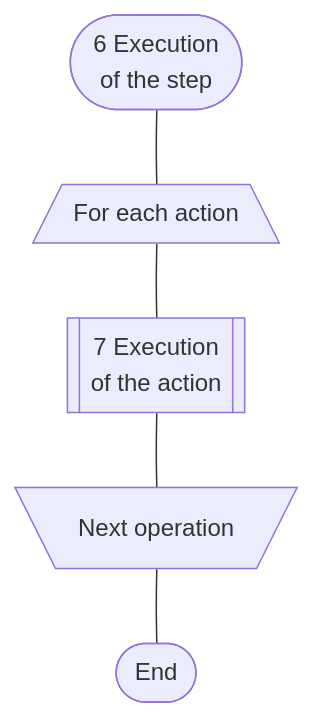
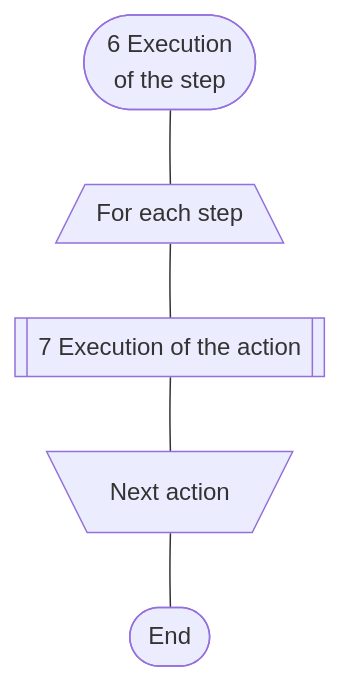
One commit to savushkin-r-d/ptusa_main changed the fourth of 5 diagrams in readme.md. Above: the diagram before and after it, drawn with Mermaid. The commit also changed other lines of this file, not shown here.

````diff
--- a/readme.md
+++ b/readme.md
@@ -63,10 +63,10 @@
 ``` mermaid
 
 flowchart TD
 
     A([6 Execution <br/> of the step]) --- B[/For each step\]
-    B[/For each action\] --- C[[7 Execution of the action]]
-    C[[7 Execution <br/> of the action]] --- D[\Next action/]
-    D[\Next operation/] --- E([End])
+    B --- C[[7 Execution of the action]]
+    C --- D[\Next action/]
+    D --- E([End])
 
 ```
````
